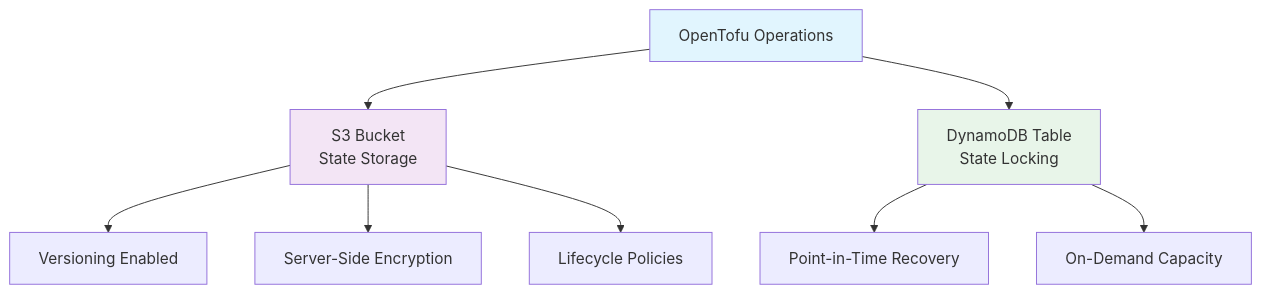
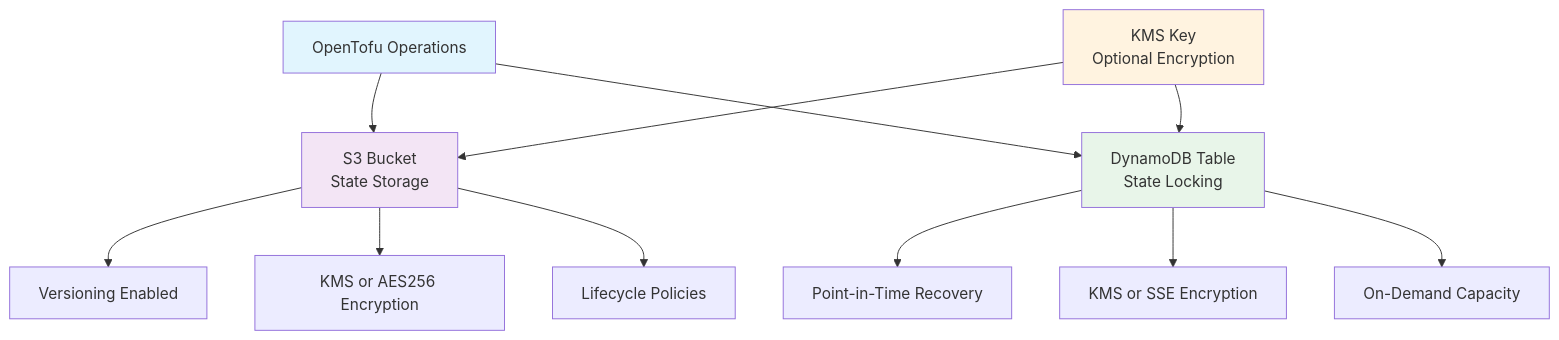
One commit to thienhaole92/opentofu-aws-backend changed the diagram in README.md. Above: the diagram before and after it, drawn with Mermaid. The commit also changed other lines of this file and 4 other files, not shown here.

````diff
--- a/README.md
+++ b/README.md
@@ -17,14 +19,18 @@
 ```mermaid
 graph TD
     A[OpenTofu Operations] --> B[S3 Bucket<br/>State Storage]
     A --> C[DynamoDB Table<br/>State Locking]
     B --> D[Versioning Enabled]
-    B --> E[Server-Side Encryption]
+    B --> E[KMS or AES256 Encryption]
     B --> F[Lifecycle Policies]
     C --> G[Point-in-Time Recovery]
-    C --> H[On-Demand Capacity]
+    C --> H[KMS or SSE Encryption]
+    C --> I[On-Demand Capacity]
+    J[KMS Key<br/>Optional Encryption] --> B
+    J --> C
 
     style A fill:#e1f5fe
     style B fill:#f3e5f5
     style C fill:#e8f5e9
+    style J fill:#fff3e0
 ```
````
